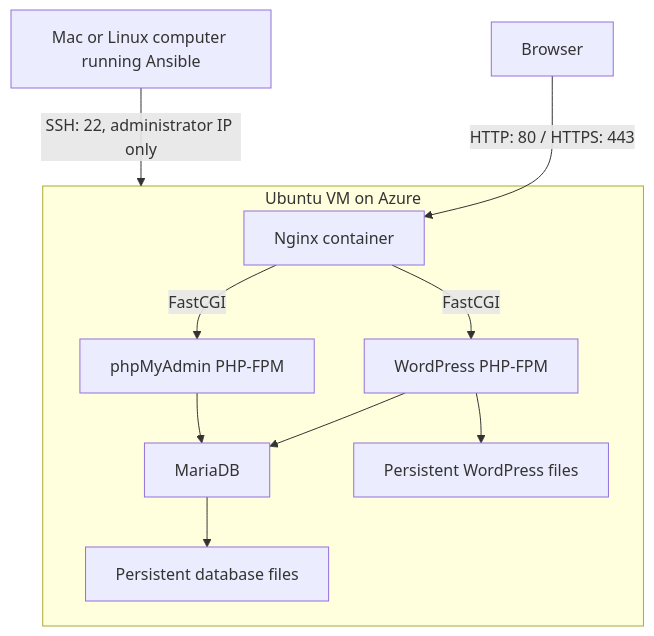
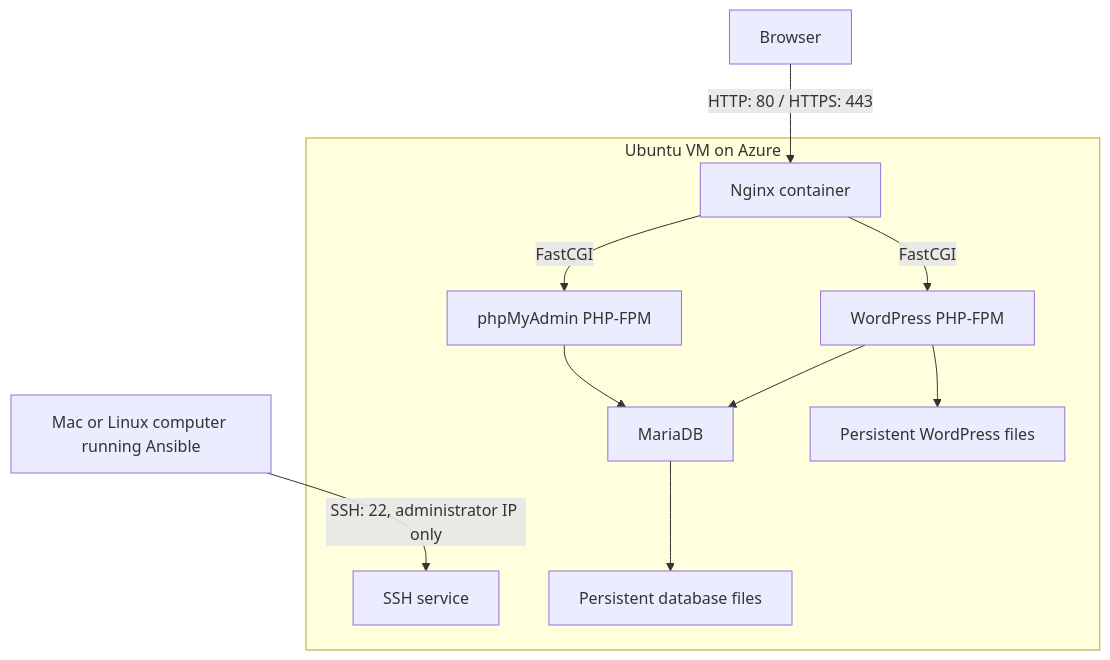
One commit to riel-fas/cloud_1 changed the diagram in README.md. Above: the diagram before and after it, drawn with Mermaid. The commit also changed other lines of this file and 13 other files, not shown here.

````diff
--- a/README.md
+++ b/README.md
@@ -25,13 +25,14 @@
 ```mermaid
 flowchart TD
-    Controller[Mac or Linux computer running Ansible] -->|SSH: 22, administrator IP only| Host[Ubuntu VM on Azure]
+    Controller[Mac or Linux computer running Ansible] -->|SSH: 22, administrator IP only| SSH[SSH service]
     Browser[Browser] -->|HTTP: 80 / HTTPS: 443| Nginx[Nginx container]
     subgraph Host[Ubuntu VM on Azure]
+        SSH
         Nginx -->|FastCGI| WordPress[WordPress PHP-FPM]
         Nginx -->|FastCGI| phpMyAdmin[phpMyAdmin PHP-FPM]
         WordPress --> Database[MariaDB]
         phpMyAdmin --> Database
         WordPress --> Files[Persistent WordPress files]
         Database --> Data[Persistent database files]
     end
 ```
````
